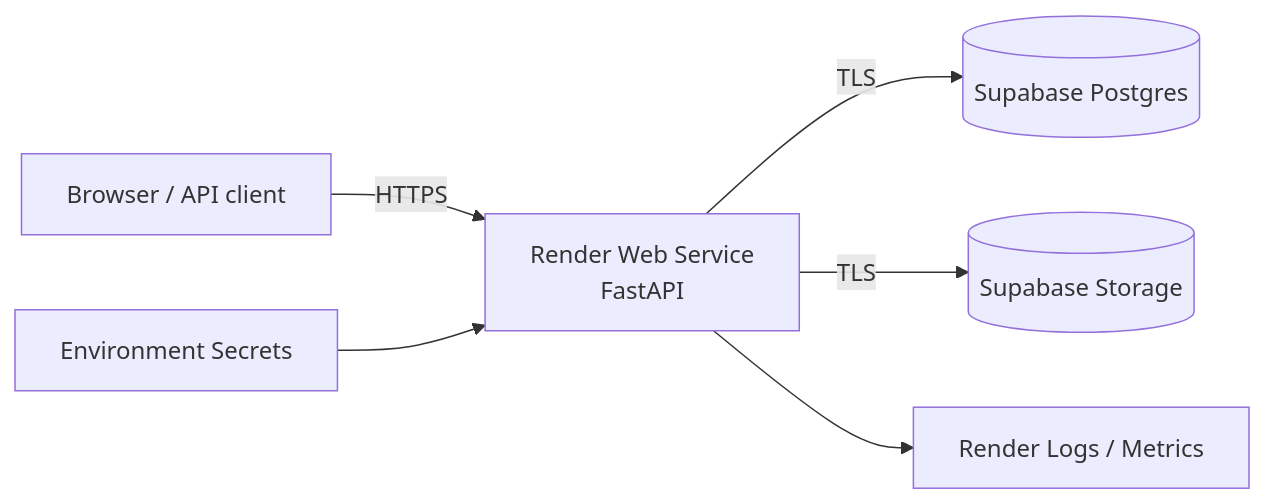
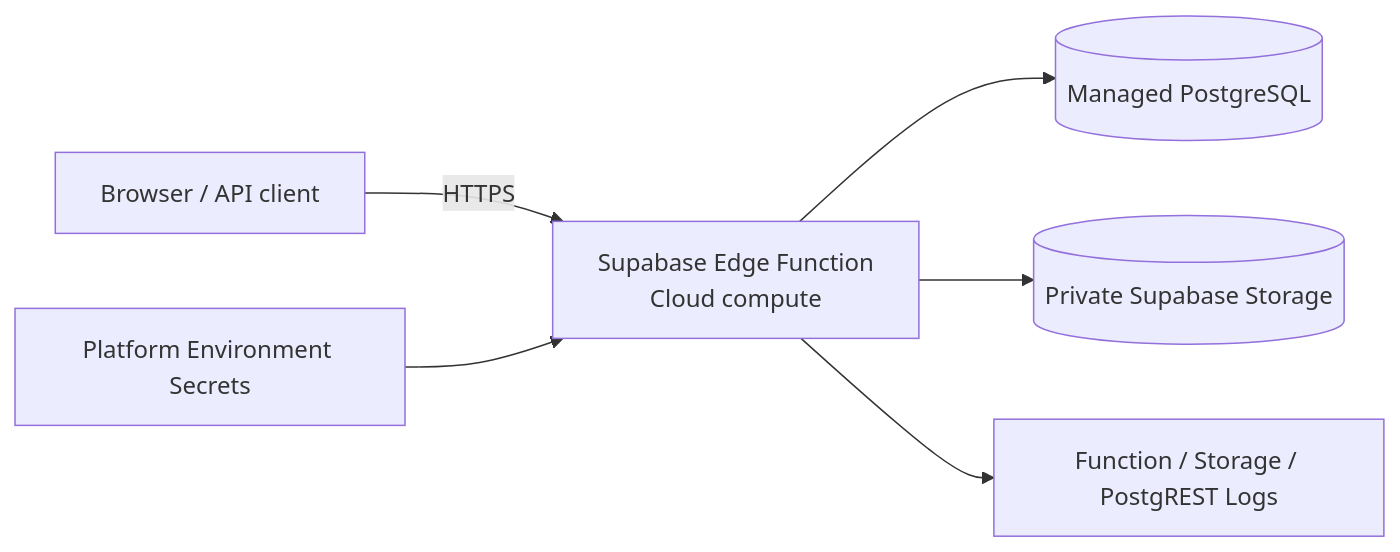
The diagram in README.md (ChrisX101010/cloud-notes-platform), drawn with Mermaid before and after one commit. The commit also changed other lines of this file and 2 other files, not shown here.

Commit message:
Document and version verified Supabase deployment

````diff
--- a/README.md
+++ b/README.md
@@ -22,15 +42,15 @@
 ```mermaid
 flowchart LR
     U[Browser / API client]
-    R[Render Web Service<br/>FastAPI]
-    DB[(Supabase Postgres)]
-    ST[(Supabase Storage)]
-    LOG[Render Logs / Metrics]
-    ENV[Environment Secrets]
+    E[Supabase Edge Function<br/>Cloud compute]
+    DB[(Managed PostgreSQL)]
+    ST[(Private Supabase Storage)]
+    LOG[Function / Storage / PostgREST Logs]
+    ENV[Platform Environment Secrets]
 
-    U -->|HTTPS| R
-    ENV --> R
-    R -->|TLS| DB
-    R -->|TLS| ST
-    R --> LOG
+    U -->|HTTPS| E
+    ENV --> E
+    E --> DB
+    E --> ST
+    E --> LOG
 ```
````
